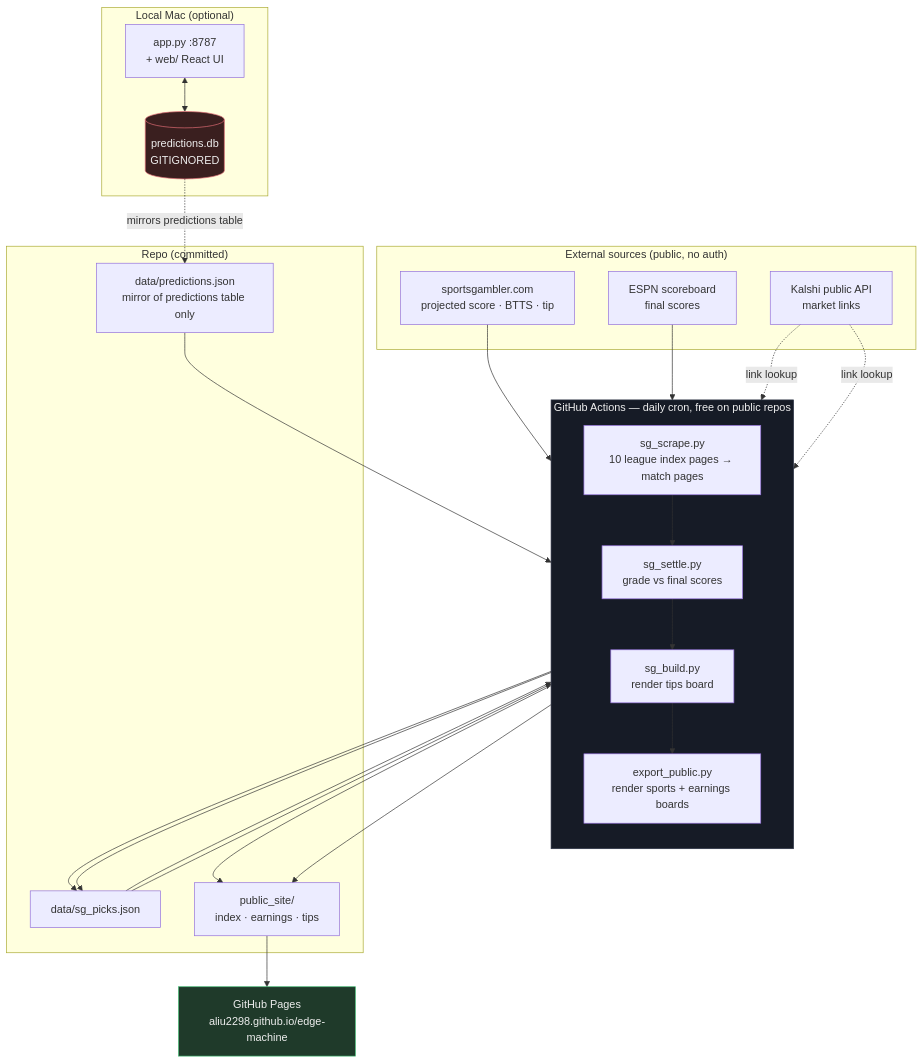
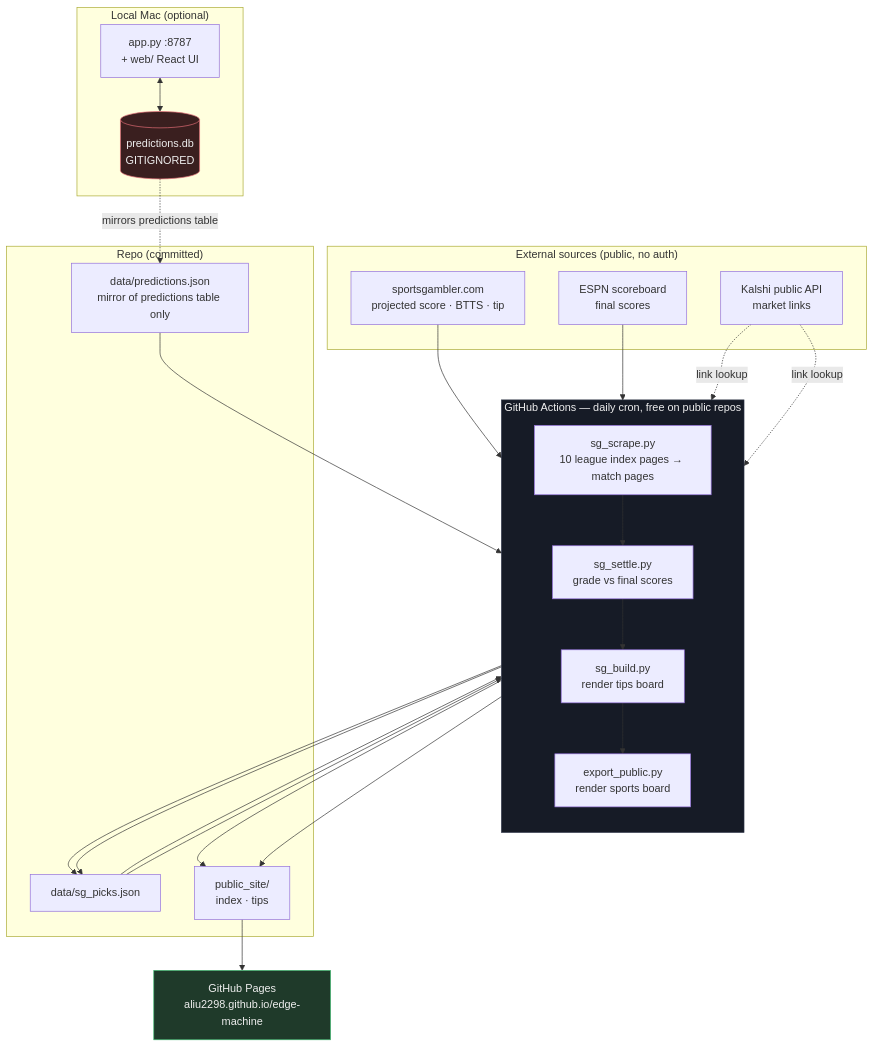
Before and after one commit to aliu2298/edge-machine: the diagram in README.md, drawn with Mermaid. The commit also changed other lines of this file and 12 other files, not shown here.

First line of the commit message:
Remove the Earnings board and its Kalshi mentions/quarterlies pipeline

````diff
--- a/README.md
+++ b/README.md
@@ -19,46 +18,46 @@
 ```mermaid
 flowchart TB
     subgraph CI["GitHub Actions — daily cron, free on public repos"]
         direction TB
         SC["sg_scrape.py<br/>10 league index pages → match pages"]
         SE["sg_settle.py<br/>grade vs final scores"]
         SB["sg_build.py<br/>render tips board"]
-        EX["export_public.py<br/>render sports + earnings boards"]
+        EX["export_public.py<br/>render sports board"]
         SC --> SE --> SB --> EX
     end
 
     subgraph EXT["External sources (public, no auth)"]
         SG["sportsgambler.com<br/>projected score · BTTS · tip"]
         ESPN["ESPN scoreboard<br/>final scores"]
         KAL["Kalshi public API<br/>market links"]
     end
 
     subgraph REPO["Repo (committed)"]
         SGJ["data/sg_picks.json"]
         PJ["data/predictions.json<br/>mirror of predictions table only"]
-        OUT["public_site/<br/>index · earnings · tips"]
+        OUT["public_site/<br/>index · tips"]
     end
 
     subgraph LOCAL["Local Mac (optional)"]
         APP["app.py :8787<br/>+ web/ React UI"]
         DB[("predictions.db<br/>GITIGNORED")]
         APP <--> DB
     end
 
     SG --> SC
     ESPN --> SE
     KAL -.link lookup.-> SB
     KAL -.link lookup.-> EX
 
     SC --> SGJ
     SGJ --> SE --> SGJ
     SGJ --> SB --> OUT
     PJ --> EX --> OUT
     DB -.mirrors predictions table.-> PJ
 
     OUT --> PAGES["GitHub Pages<br/>aliu2298.github.io/edge-machine"]
 
     style DB fill:#3a1f1f,stroke:#e06c75,color:#eee
     style PAGES fill:#1f3a2a,stroke:#3fb970,color:#eee
     style CI fill:#161b26,stroke:#2b3245,color:#eee
 ```
````
